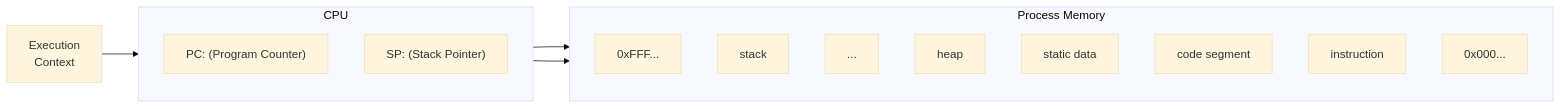
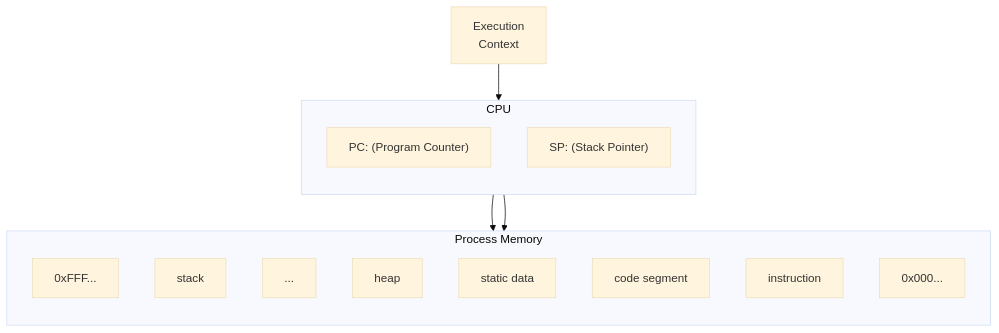
Before and after one commit to ttithipan/cei: the first of 3 diagrams in md/os-lec02-process-context-switch-20260717.md, drawn with Mermaid (base theme). The commit also changed 1 other file, not shown here.

Commit message:
fix: revert modal to 800px, stack execution context vertically
- Modal max-width back to 800px
- Execution Context diagram: flowchart LR to TD
  — three subgraphs stack top-to-bottom instead of squishing horizontally

````diff
--- a/md/os-lec02-process-context-switch-20260717.md
+++ b/md/os-lec02-process-context-switch-20260717.md
@@ -390,22 +390,22 @@
 ```mermaid
-flowchart LR
+flowchart TD
     EC["Execution<br/>Context"] --> CPU
     subgraph CPU
         direction TB
         PC["PC: (Program Counter)"]
         SP["SP: (Stack Pointer)"]
     end
     subgraph Process["Process Memory"]
         direction TB
         TOP["0xFFF..."]
         STACK["stack"]
         GAP["..."]
         HEAP["heap"]
         SD["static data"]
         CS["code segment"]
         INST["instruction"]
         BOTTOM["0x000..."]
     end
     PC --> INST
     SP --> STACK
 ```
````
